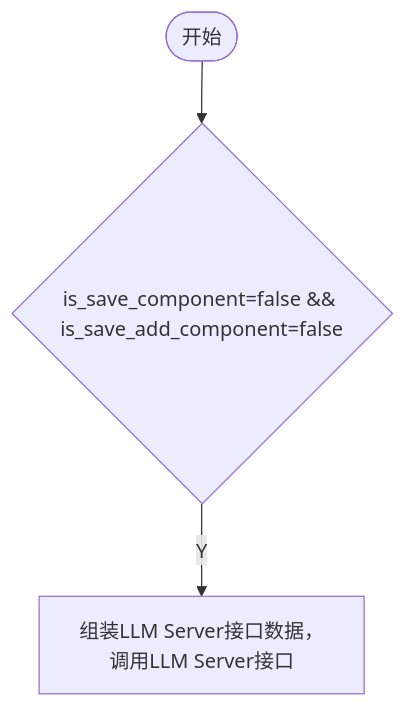
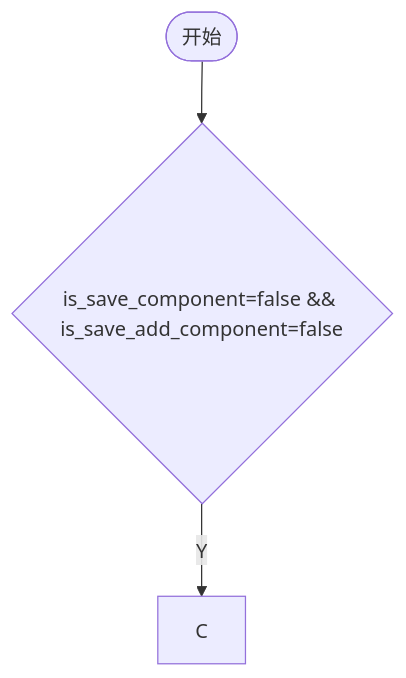
Before and after one commit to yingjianzh/iodraw-files: the diagram in all/未命名-7.md, drawn with Mermaid.

Commit message:
2024-10-12 13:51:54 update

````diff
--- a/all/未命名-7.md
+++ b/all/未命名-7.md
@@ -1,8 +1,8 @@
 ```mermaid
 flowchart TD
     A([开始]) --> B{is_save_component=false && is_save_add_component=false}
-    B -- Y --> C[组装LLM Server接口数据，调用LLM Server接口]
+    B -- Y -->C
     
     
 
 ```
````
